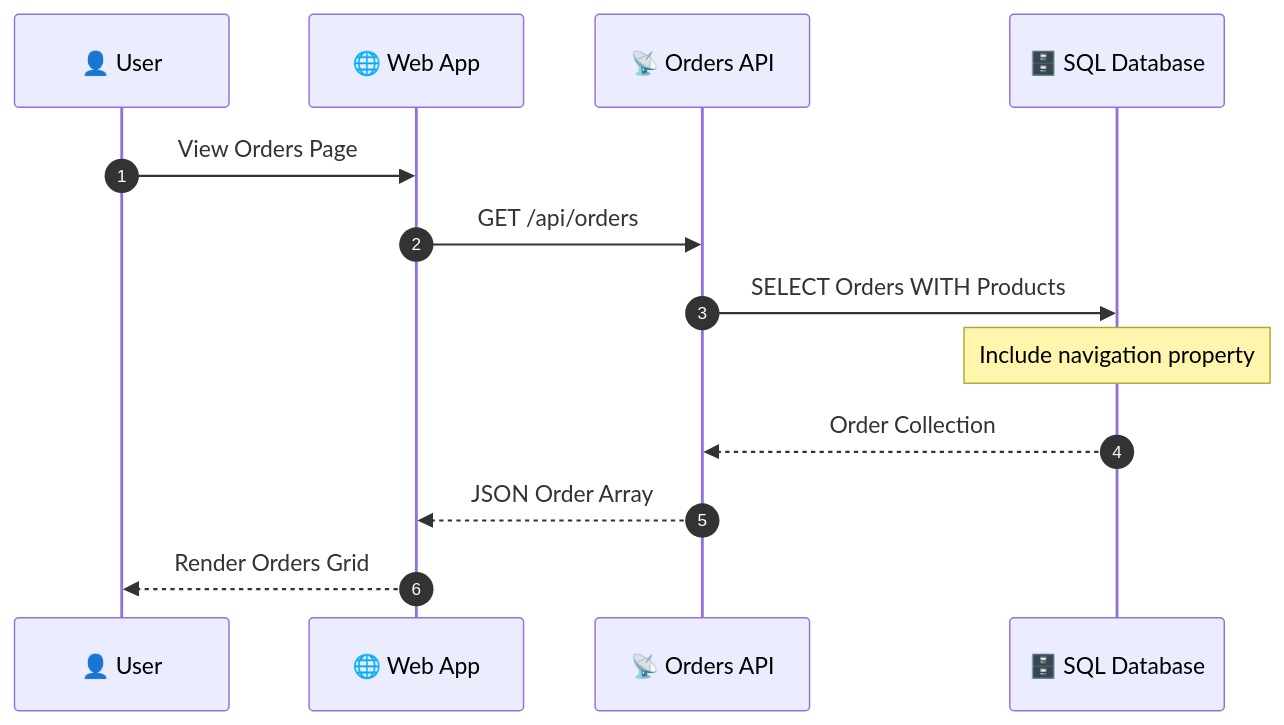
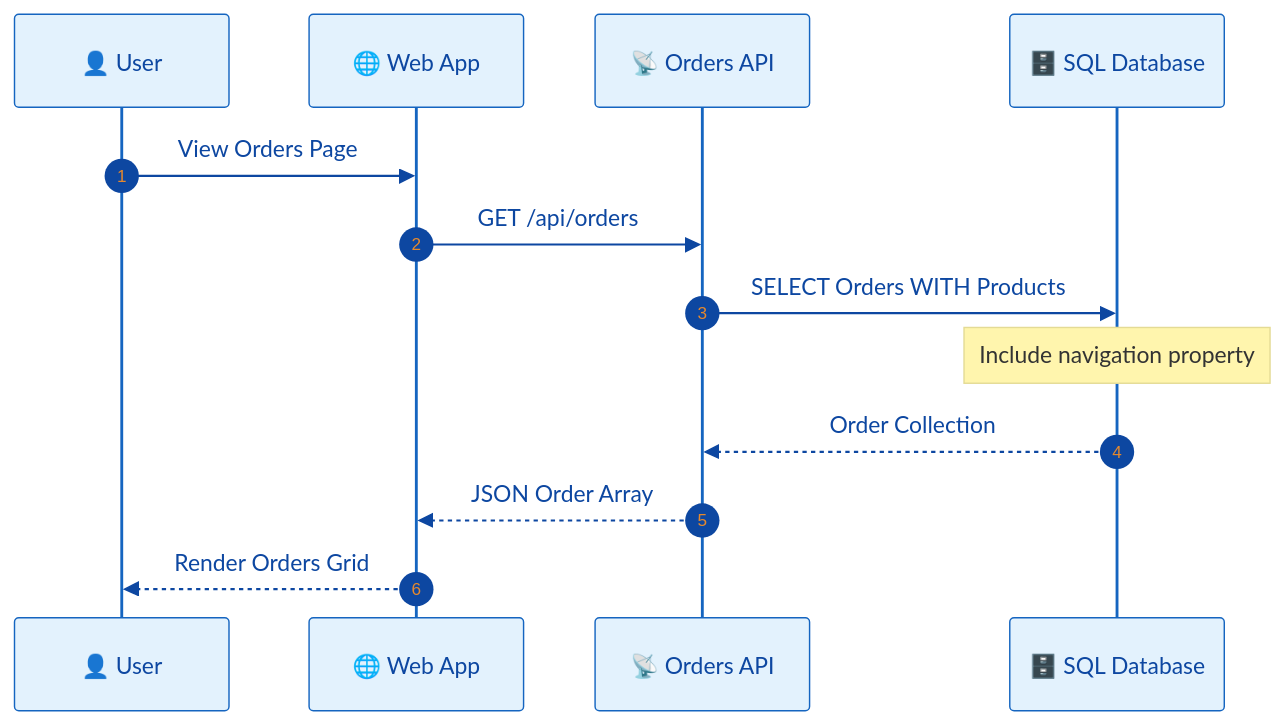
One commit to Evilazaro/Azure-LogicApps-Monitoring changed the third of 6 diagrams in docs/architecture/02-data-architecture.md. Above: the diagram before and after it, drawn with Mermaid. The commit also changed other lines of this file and 1 other file, not shown here.

Commit message:
Enhance documentation: add Mermaid diagram themes for improved visualization in data architecture and README

````diff
--- a/docs/architecture/02-data-architecture.md
+++ b/docs/architecture/02-data-architecture.md
@@ -141,16 +142,17 @@
 ```mermaid
+%%{init: {'theme': 'base', 'themeVariables': { 'primaryColor': '#e3f2fd', 'primaryTextColor': '#0d47a1', 'primaryBorderColor': '#1565c0', 'lineColor': '#1976d2', 'actorBkg': '#e3f2fd', 'actorBorder': '#1565c0', 'actorTextColor': '#0d47a1'}}}%%
 sequenceDiagram
     autonumber
     participant User as 👤 User
     participant Web as 🌐 Web App
     participant API as 📡 Orders API
     participant DB as 🗄️ SQL Database
 
     User->>Web: View Orders Page
     Web->>API: GET /api/orders
     API->>DB: SELECT Orders WITH Products
     Note over DB: Include navigation property
     DB-->>API: Order Collection
     API-->>Web: JSON Order Array
     Web-->>User: Render Orders Grid
 ```
````
